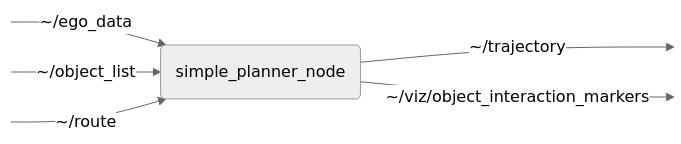
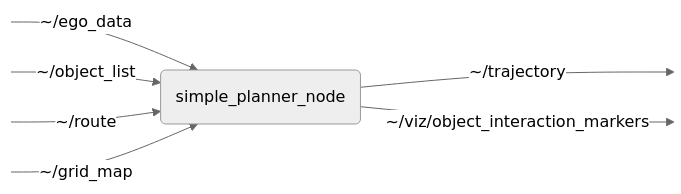
Before and after one commit to openads-project/simple_planner: the diagram in simple_planner/README.md, drawn with Mermaid (neutral theme). The commit also changed other lines of this file and 8 other files, not shown here.

Commit message:
integrate grid-map handling into core-simple planner

````diff
--- a/simple_planner/README.md
+++ b/simple_planner/README.md
@@ -9,10 +9,11 @@
 ```mermaid
 flowchart LR
     NODE("simple_planner_node")
     S0:::hidden -->|~/ego_data| NODE
     S1:::hidden -->|~/object_list| NODE
     S2:::hidden -->|~/route| NODE
+    S3:::hidden -->|~/grid_map| NODE
     NODE -->|~/trajectory| P0:::hidden
     NODE -->|~/viz/object_interaction_markers| P1:::hidden
     classDef hidden display: none;
 ```
````
